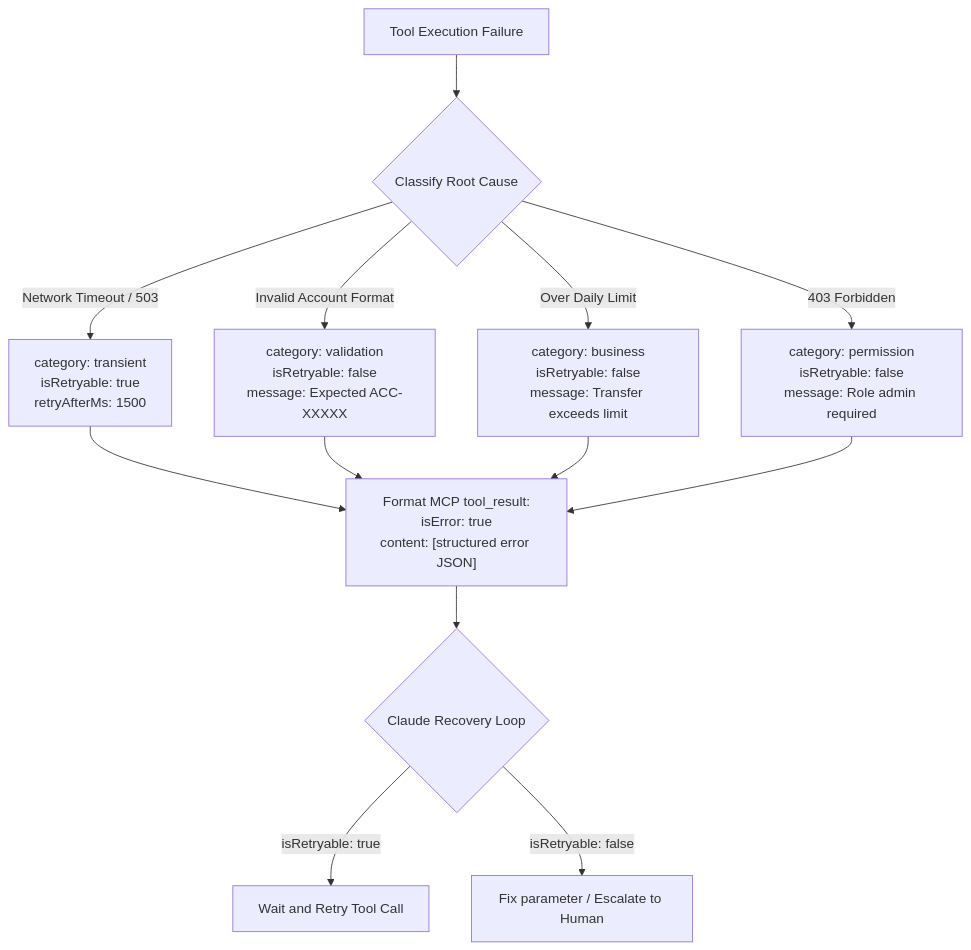
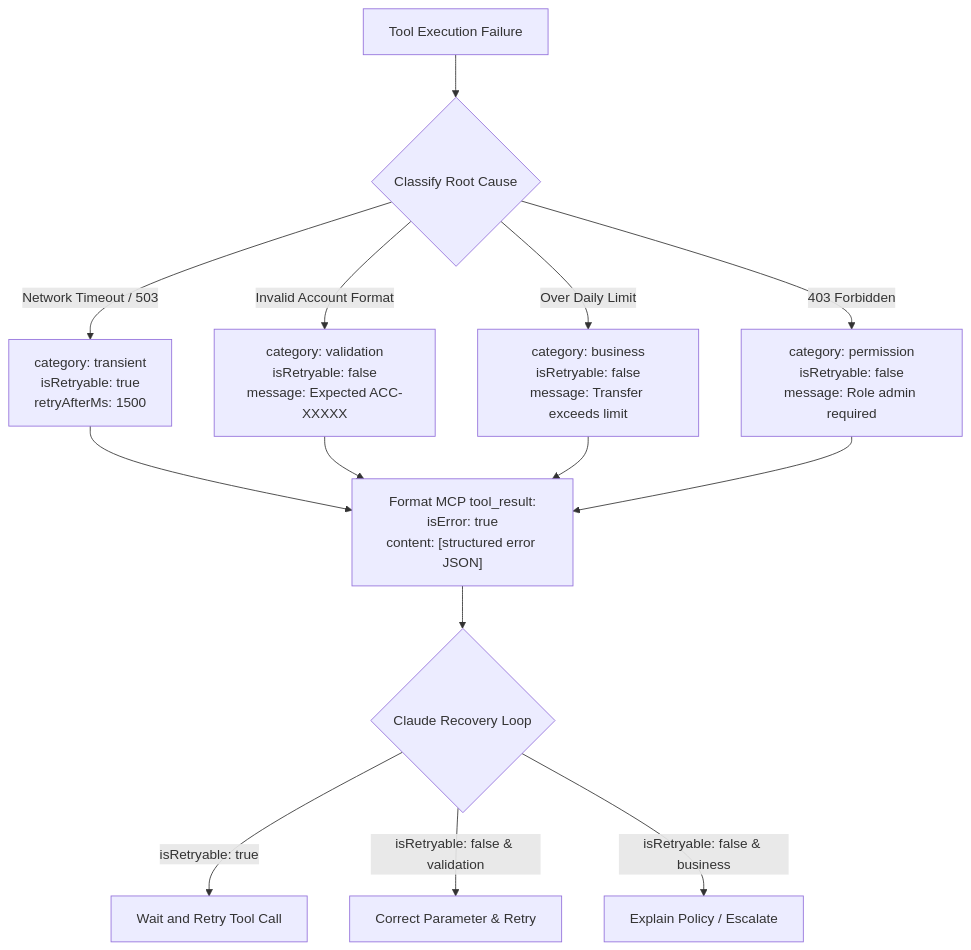
One commit to dip4k/claude_cert_architect_foundation_prep changed the diagram in domain2/ts_2_2_mcp_structured_errors/README.md. Above: the diagram before and after it, drawn with Mermaid. The commit also changed other lines of this file and 59 other files, not shown here.

````diff
--- a/domain2/ts_2_2_mcp_structured_errors/README.md
+++ b/domain2/ts_2_2_mcp_structured_errors/README.md
@@ -10,18 +88,19 @@
 ```mermaid
 flowchart TD
     ToolFailure["Tool Execution Failure"] --> ClassifyError{"Classify Root Cause"}
     
     ClassifyError -->|"Network Timeout / 503"| Transient["category: transient<br>isRetryable: true<br>retryAfterMs: 1500"]
     ClassifyError -->|"Invalid Account Format"| Validation["category: validation<br>isRetryable: false<br>message: Expected ACC-XXXXX"]
     ClassifyError -->|"Over Daily Limit"| Business["category: business<br>isRetryable: false<br>message: Transfer exceeds limit"]
     ClassifyError -->|"403 Forbidden"| Permission["category: permission<br>isRetryable: false<br>message: Role admin required"]
     
     Transient --> MCPPayload["Format MCP tool_result:<br>isError: true<br>content: [structured error JSON]"]
     Validation --> MCPPayload
     Business --> MCPPayload
     Permission --> MCPPayload
     
     MCPPayload --> ClaudeRecovery{"Claude Recovery Loop"}
     ClaudeRecovery -->|"isRetryable: true"| BackoffRetry["Wait and Retry Tool Call"]
-    ClaudeRecovery -->|"isRetryable: false"| AlternativeAction["Fix parameter / Escalate to Human"]
+    ClaudeRecovery -->|"isRetryable: false & validation"| FixParam["Correct Parameter & Retry"]
+    ClaudeRecovery -->|"isRetryable: false & business"| EscalateHuman["Explain Policy / Escalate"]
 ```
````
